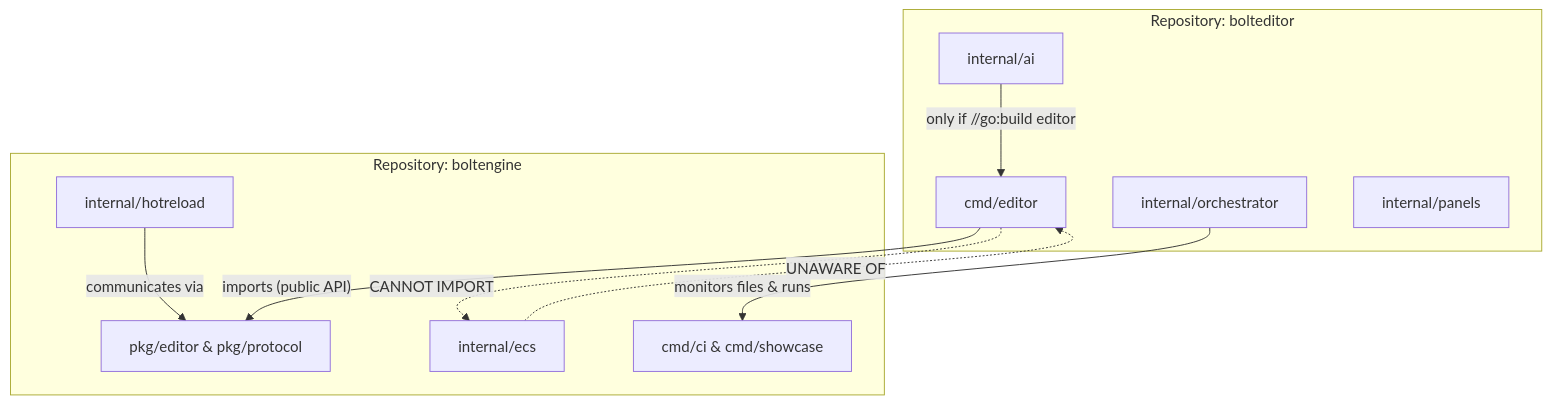
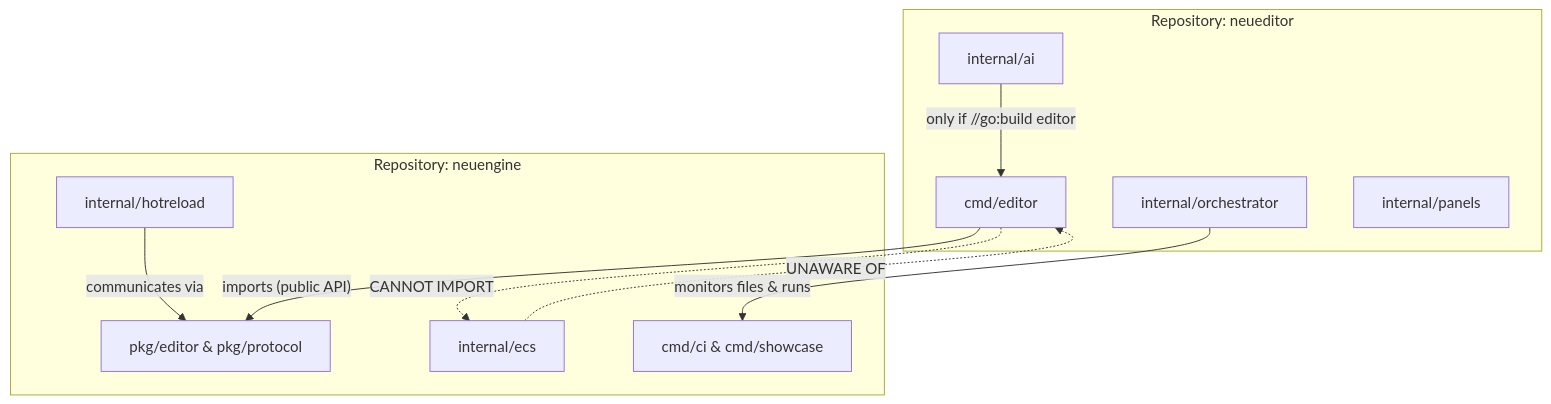
Before and after one commit to neuengine/neu: the first of 2 diagrams in .design/main/specifications/l1-multi-repo-architecture.md, drawn with Mermaid. The commit also changed other lines of this file and 104 other files, not shown here.

````diff
--- a/.design/main/specifications/l1-multi-repo-architecture.md
+++ b/.design/main/specifications/l1-multi-repo-architecture.md
@@ -52,26 +52,26 @@
 ```mermaid
 graph TD
-    subgraph "Repository: bolteditor"
+    subgraph "Repository: neueditor"
         ED_CMD[cmd/editor]
         ED_AI[internal/ai]
         ED_ORCH[internal/orchestrator]
         ED_UI[internal/panels]
     end
 
-    subgraph "Repository: boltengine"
+    subgraph "Repository: neuengine"
         ENG_CORE[internal/ecs]
         ENG_HOT[internal/hotreload]
         ENG_PKG[pkg/editor & pkg/protocol]
         ENG_CI[cmd/ci & cmd/showcase]
     end
 
     %% Dependency Rules
     ED_CMD -- "imports (public API)" --> ENG_PKG
     ED_ORCH -- "monitors files & runs" --> ENG_CI
     ED_AI -- "only if //go:build editor" --> ED_CMD
     ENG_HOT -- "communicates via" --> ENG_PKG
     
     %% Isolation
     ED_CMD -. "CANNOT IMPORT" .-> ENG_CORE
     ENG_CORE -. "UNAWARE OF" .-> ED_CMD
 ```
````
